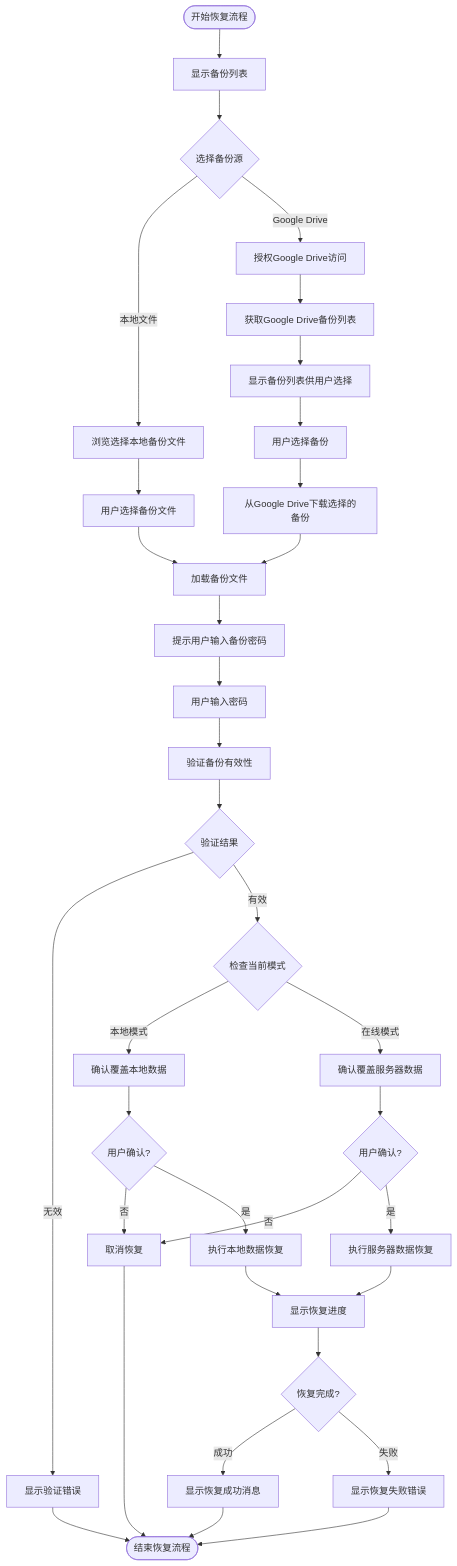
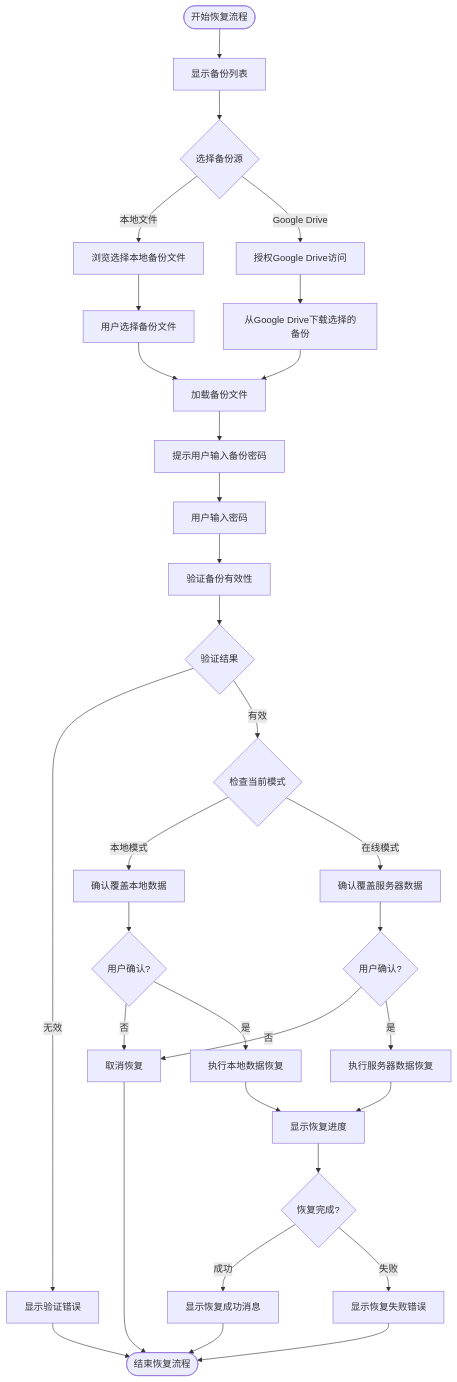
The diagram in all/未命名-53.md (yingjianzh/iodraw-files), drawn with Mermaid before and after one commit.

Commit message:
2025-05-09 15:58:55 update

````diff
--- a/all/未命名-53.md
+++ b/all/未命名-53.md
@@ -1,48 +1,45 @@
 ```mermaid
 flowchart TD
     Start([开始恢复流程]) --> ShowRestoreDialog[显示备份列表]
     ShowRestoreDialog --> SelectSource{选择备份源}
     
     SelectSource -->|本地文件| BrowseLocalFile[浏览选择本地备份文件]
     SelectSource -->|Google Drive| AuthGDrive[授权Google Drive访问]
     
     BrowseLocalFile --> GetFileFromUser[用户选择备份文件]
     GetFileFromUser --> LoadBackupFile[加载备份文件]
     
-    AuthGDrive --> FetchBackupList[获取Google Drive备份列表]
-    FetchBackupList --> DisplayBackupsList[显示备份列表供用户选择]
-    DisplayBackupsList --> UserSelectsBackup[用户选择备份]
-    UserSelectsBackup --> DownloadGDriveBackup[从Google Drive下载选择的备份]
+    AuthGDrive -->  DownloadGDriveBackup[从Google Drive下载选择的备份]
     DownloadGDriveBackup --> LoadBackupFile
     
     LoadBackupFile --> PromptPassword[提示用户输入备份密码]
     PromptPassword --> UserEntersPassword[用户输入密码]
     UserEntersPassword --> ValidateBackup[验证备份有效性]
     
     ValidateBackup --> ValidationResult{验证结果}
     ValidationResult -->|无效| ShowValidationError[显示验证错误]
     ValidationResult -->|有效| CheckCurrentMode{检查当前模式}
     
     CheckCurrentMode -->|本地模式| ConfirmLocalRestore[确认覆盖本地数据]
     CheckCurrentMode -->|在线模式| ConfirmServerRestore[确认覆盖服务器数据]
     
     ConfirmLocalRestore --> UserConfirm1{用户确认?}
     UserConfirm1 -->|否| CancelRestore[取消恢复]
     UserConfirm1 -->|是| ExecuteLocalRestore[执行本地数据恢复]
     
     ConfirmServerRestore --> UserConfirm2{用户确认?}
     UserConfirm2 -->|否| CancelRestore
     UserConfirm2 -->|是| ExecuteServerRestore[执行服务器数据恢复]
     
     ExecuteLocalRestore --> ShowProgress[显示恢复进度]
     ExecuteServerRestore --> ShowProgress
     
     ShowProgress --> RestoreComplete{恢复完成?}
     RestoreComplete -->|成功| ShowSuccess[显示恢复成功消息]
     RestoreComplete -->|失败| ShowError[显示恢复失败错误]
     
     ShowSuccess --> End([结束恢复流程])
     ShowError --> End
     ShowValidationError --> End
     CancelRestore --> End
 ```
````
